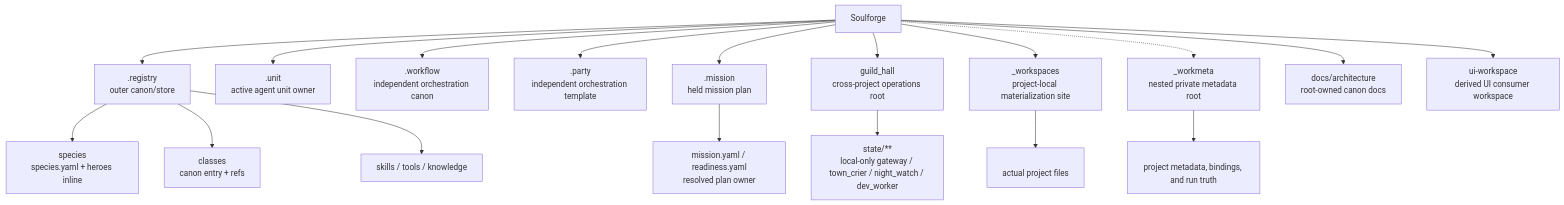
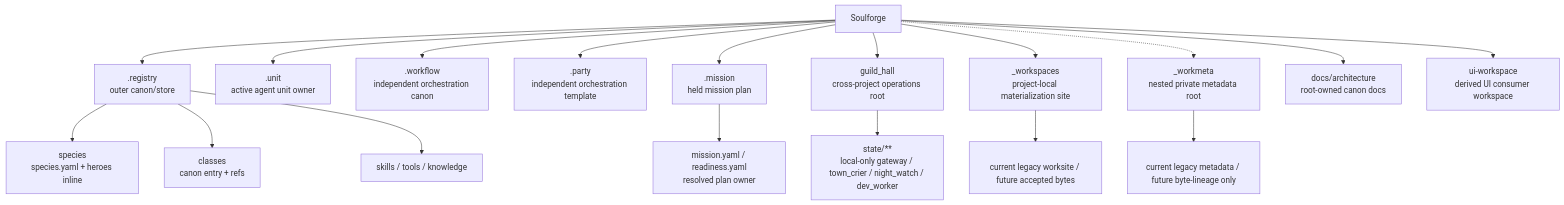
The diagram in README.md (SungYongMOON/soulforge), drawn with Mermaid before and after one commit. The commit also changed other lines of this file and 17 other files, not shown here.

````diff
--- a/README.md
+++ b/README.md
@@ -20,20 +20,20 @@
 ```mermaid
 flowchart TD
   S["Soulforge"] --> R[".registry<br/>outer canon/store"]
   R --> RS["species<br/>species.yaml + heroes inline"]
   R --> RC["classes<br/>canon entry + refs"]
   R --> RK["skills / tools / knowledge"]
   S --> U[".unit<br/>active agent unit owner"]
   S --> W[".workflow<br/>independent orchestration canon"]
   S --> PT[".party<br/>independent orchestration template"]
   S --> MI[".mission<br/>held mission plan"]
   S --> GH["guild_hall<br/>cross-project operations root"]
   S --> M["_workspaces<br/>project-local materialization site"]
   S -.-> WM["_workmeta<br/>nested private metadata root"]
   S --> D["docs/architecture<br/>root-owned canon docs"]
   S --> UI["ui-workspace<br/>derived UI consumer workspace"]
   MI --> MP["mission.yaml / readiness.yaml<br/>resolved plan owner"]
   GH --> GHS["state/**<br/>local-only gateway / town_crier / night_watch / dev_worker"]
-  M --> PR["<project_code><br/>actual project files"]
-  WM --> PA["<project_code><br/>project metadata, bindings, and run truth"]
+  M --> PR["<project_code><br/>current legacy worksite / future accepted bytes"]
+  WM --> PA["<project_code><br/>current legacy metadata / future byte-lineage only"]
 ```
````
